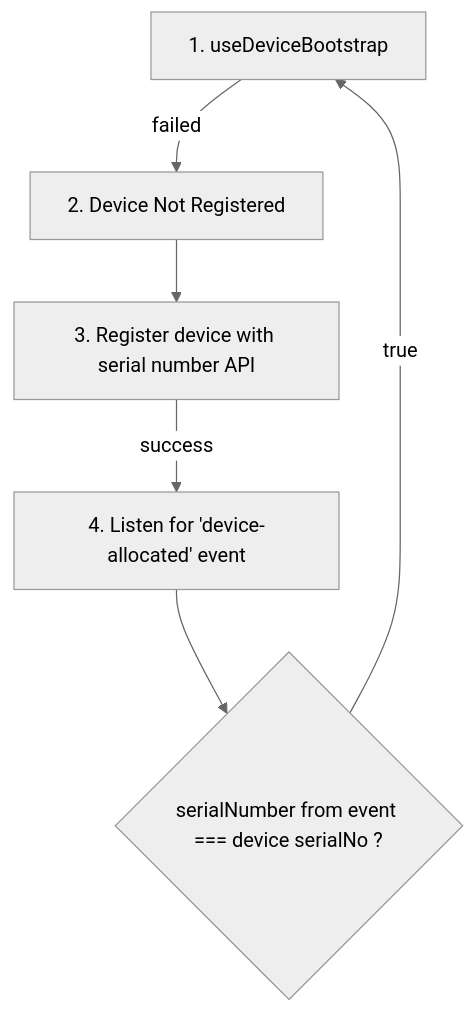
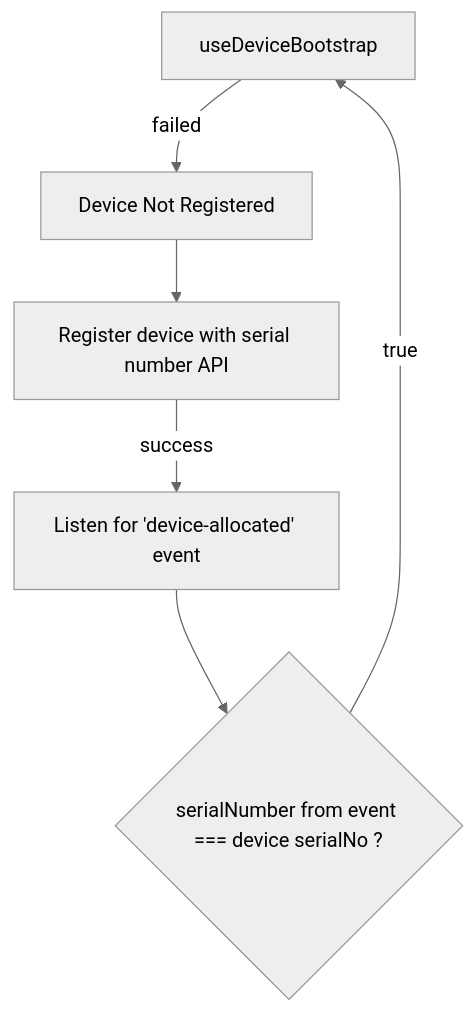
The diagram in SkipQ/TO-DO 15-May-2026.MD/README.MD (Ayush750502/PrologicTechnologies2025), drawn with Mermaid (neutral theme) before and after one commit. The commit also changed other lines of this file, not shown here.

Commit message:
Refinement

````diff
--- a/SkipQ/TO-DO 15-May-2026.MD/README.MD
+++ b/SkipQ/TO-DO 15-May-2026.MD/README.MD
@@ -20,13 +20,13 @@
 ```mermaid
 flowchart TD
 
-    A["1. useDeviceBootstrap"] -->|failed| B["2. Device Not Registered"]
+    A[" useDeviceBootstrap"] -->|failed| B[" Device Not Registered"]
 
-    B --> C["3. Register device with serial number API"]
+    B --> C[" Register device with serial number API"]
 
-    C -->|success| D["4. Listen for 'device-allocated' event"]
+    C -->|success| D[" Listen for 'device-allocated' event"]
 
     D --> E{"serialNumber from event === device serialNo ?"}
 
     E -->|true| A
 ```
````
